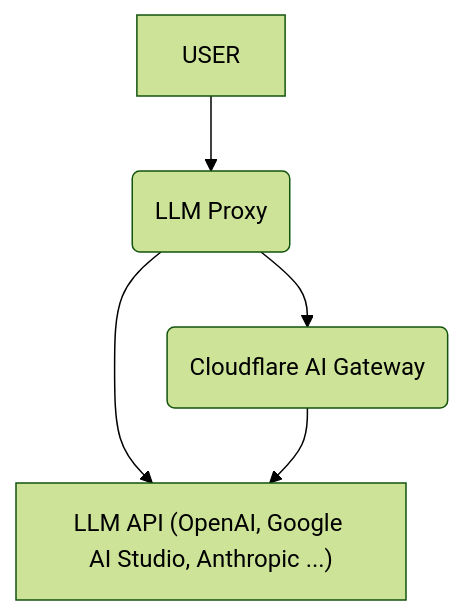
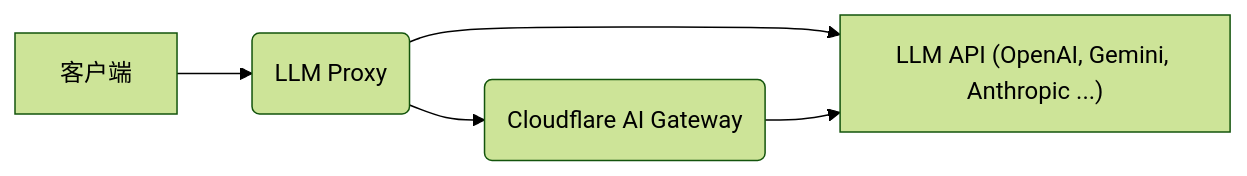
One commit to vafast/llm-proxy-on-cloudflare-workers changed the diagram in README.md. Above: the diagram before and after it, drawn with Mermaid (forest theme). The commit also changed other lines of this file and 12 other files, not shown here.

````diff
--- a/README.md
+++ b/README.md
@@ -21,7 +19,7 @@
 ```mermaid
-flowchart
-  A[USER] -->　B(LLM Proxy)
+flowchart LR
+  A[客户端] --> B(LLM Proxy)
   B --> C(Cloudflare AI Gateway)
   B --> D
-  C --> D["LLM API (OpenAI, Google AI Studio, Anthropic ...)"]
+  C --> D["LLM API (OpenAI, Gemini, Anthropic ...)"]
 ```
````
